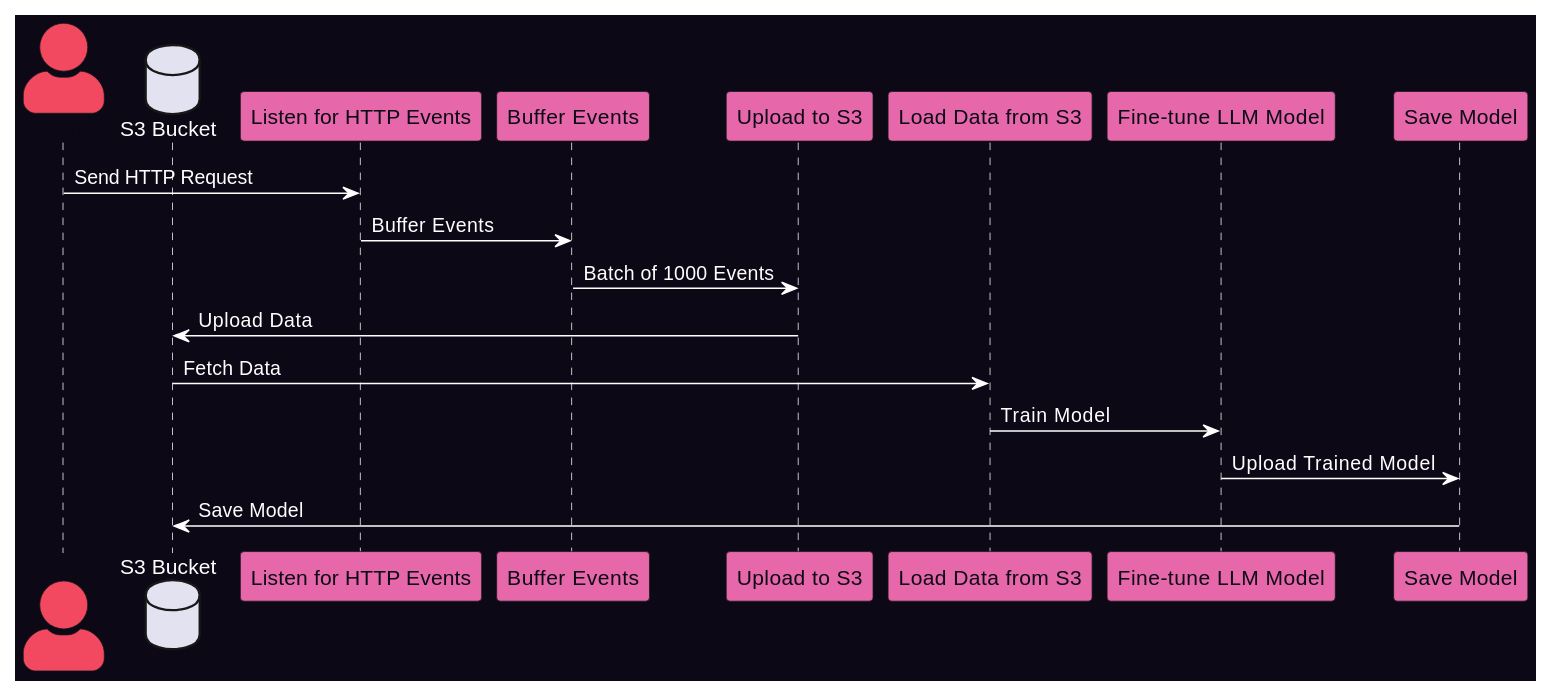
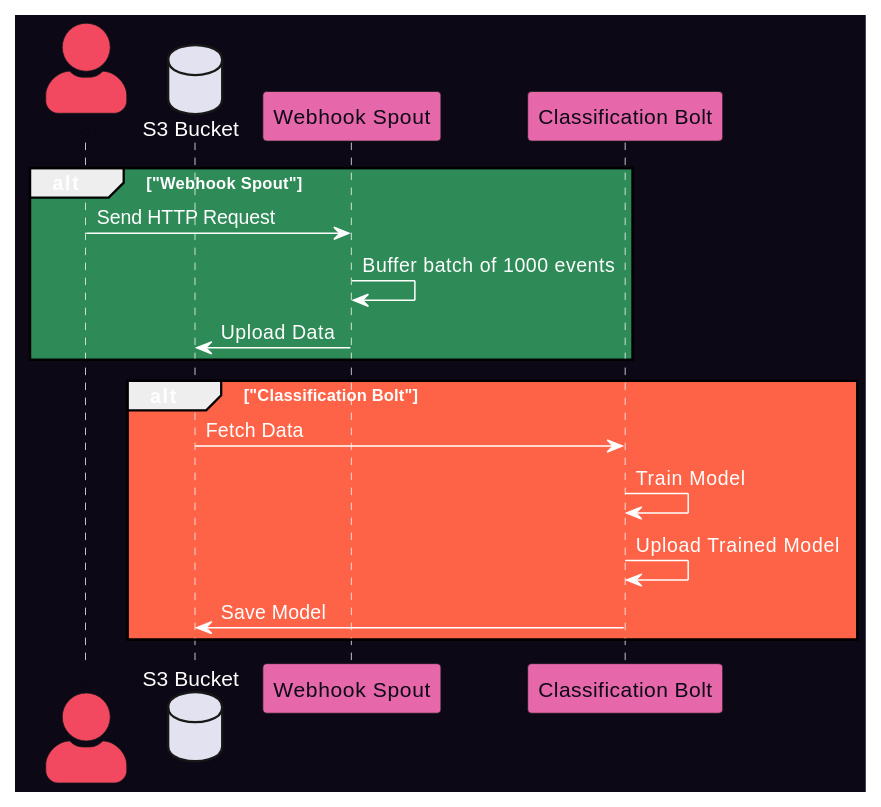
Before and after one commit to geniusrise/docs: the diagram in docs/guides/local.md, drawn with PlantUML. The commit also changed other lines of this file and 4 other files, not shown here.

````diff
--- a/docs/guides/local.md
+++ b/docs/guides/local.md
@@ -16,41 +16,40 @@
 ```puml
 @startuml
 
 skinparam backgroundColor #0d0816
 skinparam ArrowColor #ffffff
 skinparam defaultFontColor #ffffff
 skinparam SequenceLifeLineBorderColor #ffffff
 skinparam actorStyle awesome
 
 
 skinparam actor {
   BackgroundColor #f34960
   FontColor #0d0816
 }
 
 skinparam participant {
   BackgroundColor #e667aa
   FontColor #0d0816
 }
 
 actor Client
+database "S3 Bucket" as S3
+participant "Webhook Spout" as webhook
+participant "Classification Bolt" as classification
 
-database "S3 Bucket" as S3
-participant "Listen for HTTP Events" as Listen
-participant "Buffer Events" as Buffer
-participant "Upload to S3" as Upload
-participant "Load Data from S3" as LoadData
-participant "Fine-tune LLM Model" as FineTune
-participant "Save Model" as UploadModel
+alt #Seagreen "Webhook Spout"
+    Client -> webhook : Send HTTP Request
+    webhook -> webhook : Buffer batch of 1000 events
+    webhook -> S3 : Upload Data
+end
 
-Client -> Listen : Send HTTP Request
-Listen -> Buffer : Buffer Events
-Buffer -> Upload : Batch of 1000 Events
-Upload -> S3 : Upload Data
-S3 -> LoadData : Fetch Data
-LoadData -> FineTune : Train Model
-FineTune -> UploadModel : Upload Trained Model
-UploadModel -> S3 : Save Model
+alt #tomato "Classification Bolt"
+    S3 -> classification : Fetch Data
+    classification -> classification : Train Model
+    classification -> classification : Upload Trained Model
+    classification -> S3 : Save Model
+end
 
 @enduml
 ```
````
